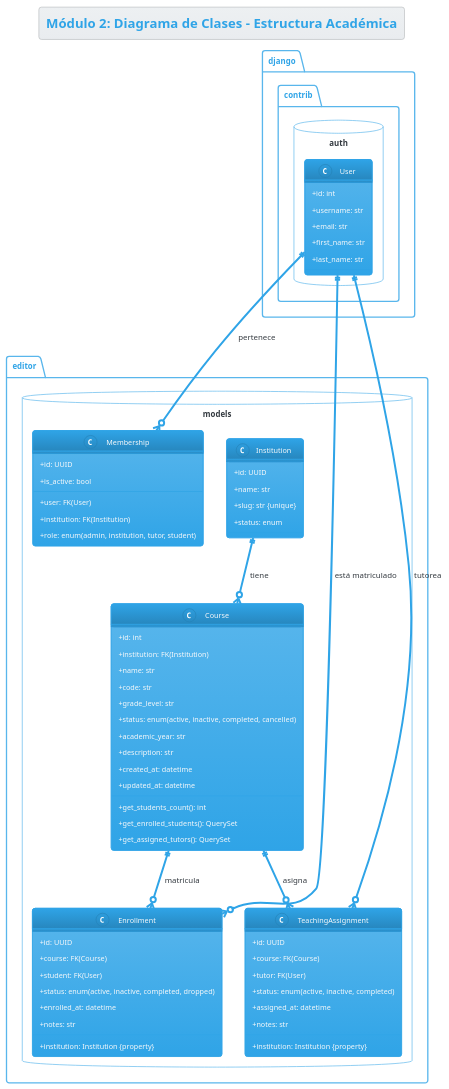
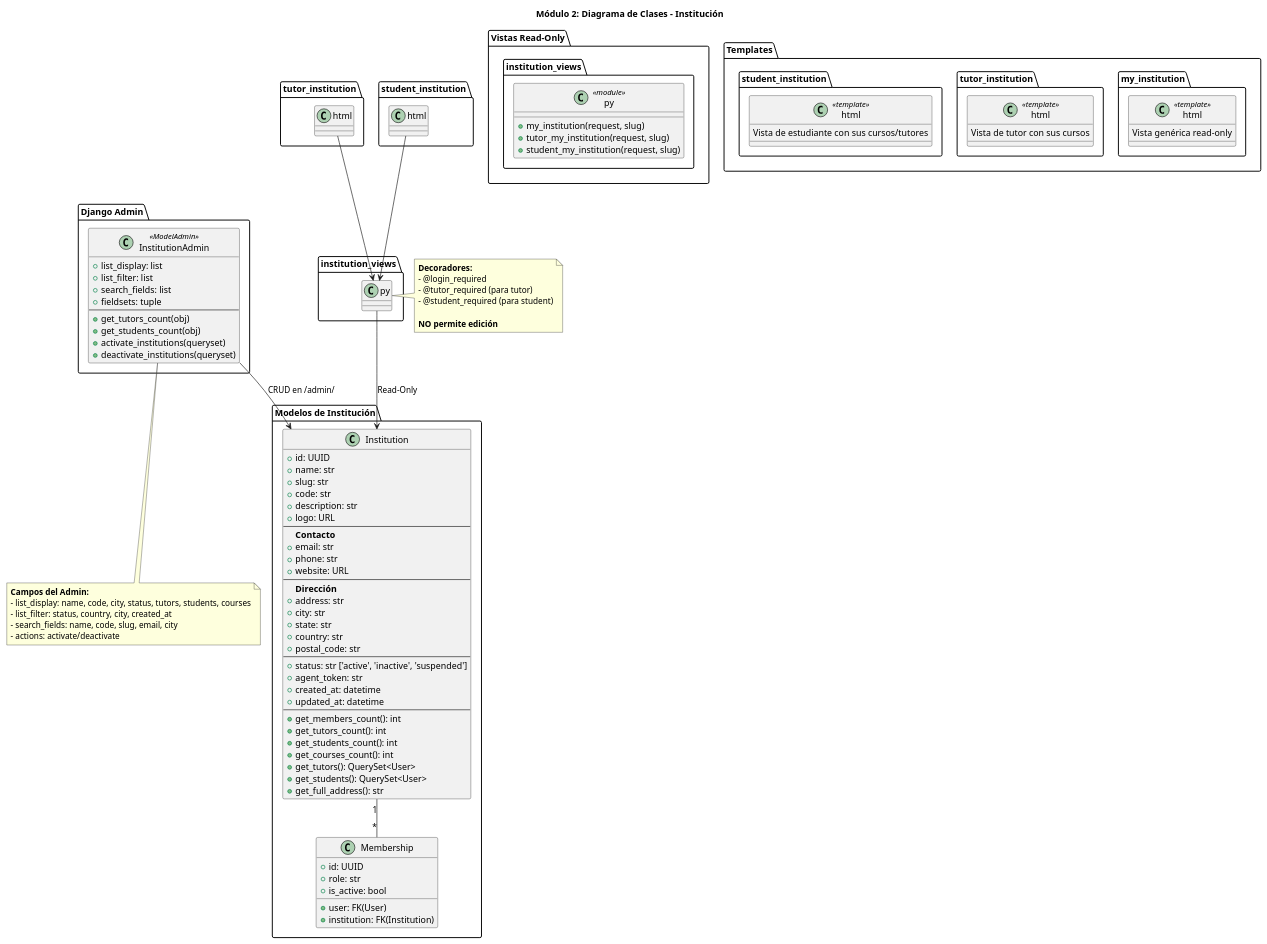
One commit to Luvigo/Max changed the diagram in docs/uml/module2/class_diagram.puml. Above: the diagram before and after it, drawn with PlantUML. The commit also changed 11 other files, not shown here.

First line of the commit message:
MÓDULO 2: Institution como entidad informativa (sin login)

```diff
--- a/docs/uml/module2/class_diagram.puml
+++ b/docs/uml/module2/class_diagram.puml
@@ -1,82 +1,104 @@
 @startuml
-!theme cerulean
-title Módulo 2: Diagrama de Clases - Estructura Académica
+title Módulo 2: Diagrama de Clases - Institución
 
-skinparam classAttributeIconSize 0
-
-package "django.contrib.auth" <<Database>> {
-    class User {
-        +id: int
-        +username: str
-        +email: str
-        +first_name: str
-        +last_name: str
-    }
-}
-
-package "editor.models" <<Database>> {
-    
+package "Modelos de Institución" {
     class Institution {
         +id: UUID
         +name: str
-        +slug: str {unique}
-        +status: enum
-    }
-    
-    class Course {
-        +id: int
-        +institution: FK(Institution)
-        +name: str
+        +slug: str
         +code: str
-        +grade_level: str
-        +status: enum(active, inactive, completed, cancelled)
-        +academic_year: str
         +description: str
+        +logo: URL
+        --
+        **Contacto**
+        +email: str
+        +phone: str
+        +website: URL
+        --
+        **Dirección**
+        +address: str
+        +city: str
+        +state: str
+        +country: str
+        +postal_code: str
+        --
+        +status: str ['active', 'inactive', 'suspended']
+        +agent_token: str
         +created_at: datetime
         +updated_at: datetime
         --
+        +get_members_count(): int
+        +get_tutors_count(): int
         +get_students_count(): int
-        +get_enrolled_students(): QuerySet
-        +get_assigned_tutors(): QuerySet
-    }
-    
-    class Enrollment {
-        +id: UUID
-        +course: FK(Course)
-        +student: FK(User)
-        +status: enum(active, inactive, completed, dropped)
-        +enrolled_at: datetime
-        +notes: str
-        --
-        +institution: Institution {property}
-    }
-    
-    class TeachingAssignment {
-        +id: UUID
-        +course: FK(Course)
-        +tutor: FK(User)
-        +status: enum(active, inactive, completed)
-        +assigned_at: datetime
-        +notes: str
-        --
-        +institution: Institution {property}
+        +get_courses_count(): int
+        +get_tutors(): QuerySet<User>
+        +get_students(): QuerySet<User>
+        +get_full_address(): str
     }
     
     class Membership {
         +id: UUID
         +user: FK(User)
         +institution: FK(Institution)
-        +role: enum(admin, institution, tutor, student)
+        +role: str
         +is_active: bool
     }
 }
 
-' Relaciones
-Institution ||--o{ Course : "tiene"
-Course ||--o{ Enrollment : "matricula"
-Course ||--o{ TeachingAssignment : "asigna"
-User ||--o{ Enrollment : "está matriculado"
-User ||--o{ TeachingAssignment : "tutorea"
-User ||--o{ Membership : "pertenece"
+package "Django Admin" {
+    class InstitutionAdmin <<ModelAdmin>> {
+        +list_display: list
+        +list_filter: list
+        +search_fields: list
+        +fieldsets: tuple
+        --
+        +get_tutors_count(obj)
+        +get_students_count(obj)
+        +activate_institutions(queryset)
+        +deactivate_institutions(queryset)
+    }
+}
 
+package "Vistas Read-Only" {
+    class "institution_views.py" <<module>> {
+        +my_institution(request, slug)
+        +tutor_my_institution(request, slug)
+        +student_my_institution(request, slug)
+    }
+}
+
+package "Templates" {
+    class "my_institution.html" <<template>> {
+        Vista genérica read-only
+    }
+    class "tutor_institution.html" <<template>> {
+        Vista de tutor con sus cursos
+    }
+    class "student_institution.html" <<template>> {
+        Vista de estudiante con sus cursos/tutores
+    }
+}
+
+Institution "1" -- "*" Membership
+InstitutionAdmin --> Institution : "CRUD en /admin/"
+"institution_views.py" --> Institution : "Read-Only"
+"tutor_institution.html" --> "institution_views.py"
+"student_institution.html" --> "institution_views.py"
+
+note bottom of InstitutionAdmin
+  **Campos del Admin:**
+  - list_display: name, code, city, status, tutors, students, courses
+  - list_filter: status, country, city, created_at
+  - search_fields: name, code, slug, email, city
+  - actions: activate/deactivate
+end note
+
+note right of "institution_views.py"
+  **Decoradores:**
+  - @login_required
+  - @tutor_required (para tutor)
+  - @student_required (para student)
+  
+  **NO permite edición**
+end note
 @enduml
```
